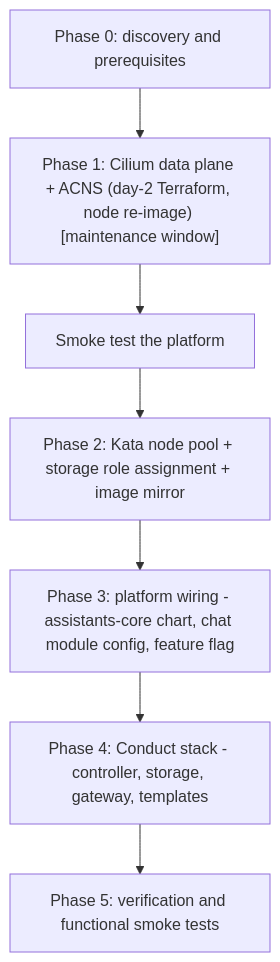
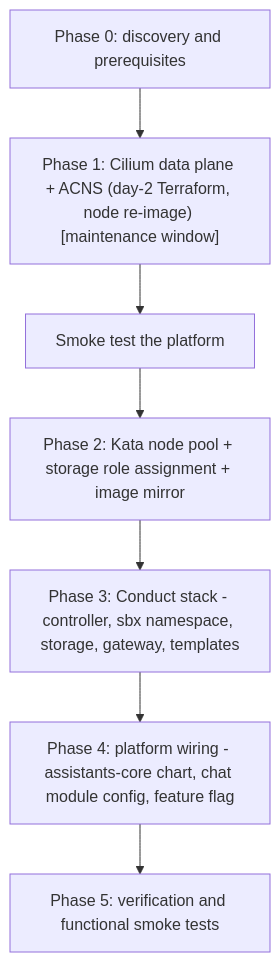
The second of 2 diagrams in docs/rollouts/2026-11-conduct.md (Unique-AG/hello-azure-v2), drawn with Mermaid before and after one commit. The commit also changed other lines of this file and 17 other files, not shown here.

````diff
--- a/docs/rollouts/2026-11-conduct.md
+++ b/docs/rollouts/2026-11-conduct.md
@@ -155,9 +154,9 @@
 ```mermaid
 flowchart TD
   P0[Phase 0: discovery and prerequisites] --> P1["Phase 1: Cilium data plane + ACNS (day-2 Terraform, node re-image) [maintenance window]"]
   P1 --> S1[Smoke test the platform]
   S1 --> P2[Phase 2: Kata node pool + storage role assignment + image mirror]
-  P2 --> P3[Phase 3: platform wiring - assistants-core chart, chat module config, feature flag]
-  P3 --> P4[Phase 4: Conduct stack - controller, storage, gateway, templates]
+  P2 --> P3[Phase 3: Conduct stack - controller, sbx namespace, storage, gateway, templates]
+  P3 --> P4[Phase 4: platform wiring - assistants-core chart, chat module config, feature flag]
   P4 --> P5[Phase 5: verification and functional smoke tests]
 ```
````
